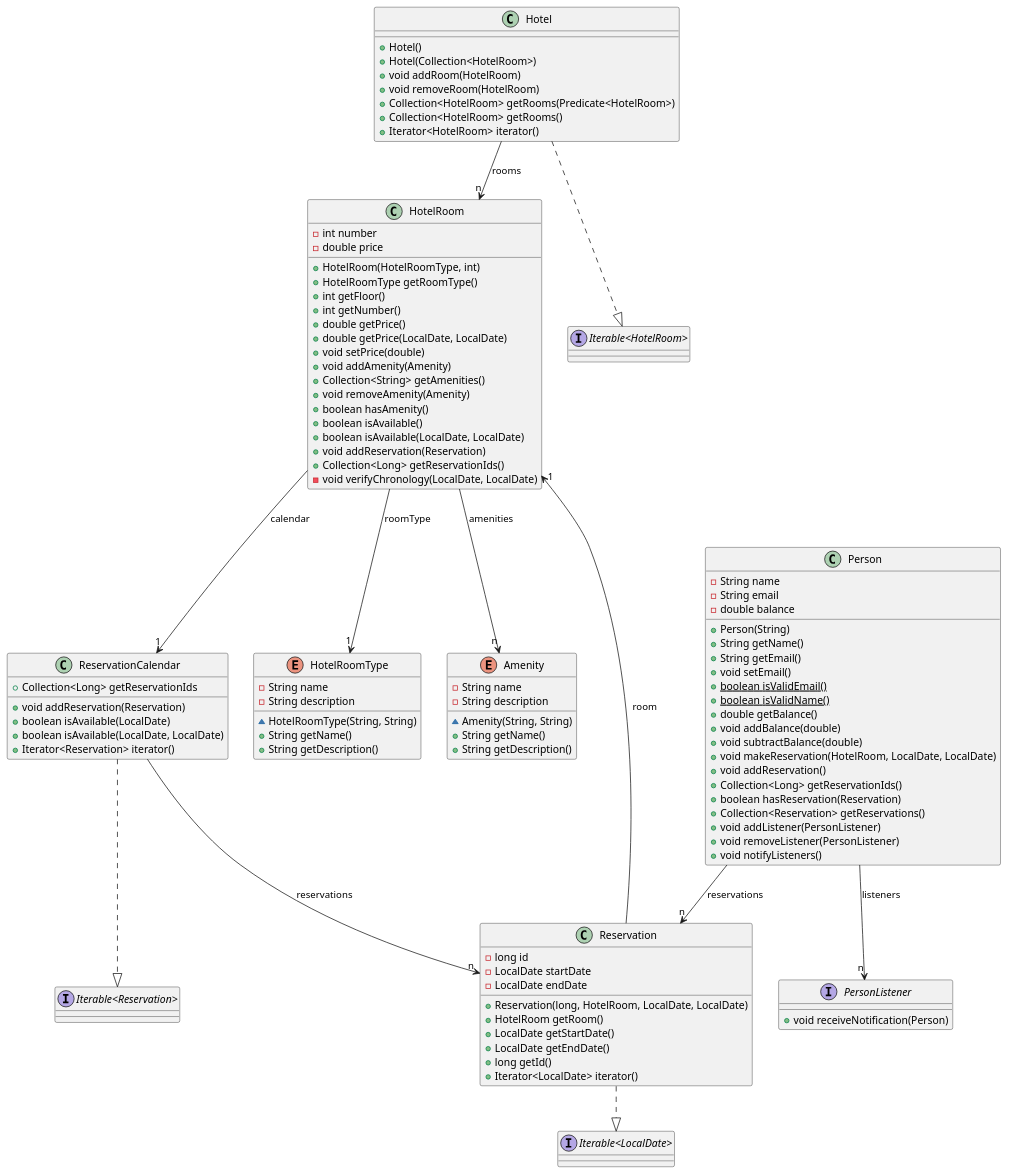
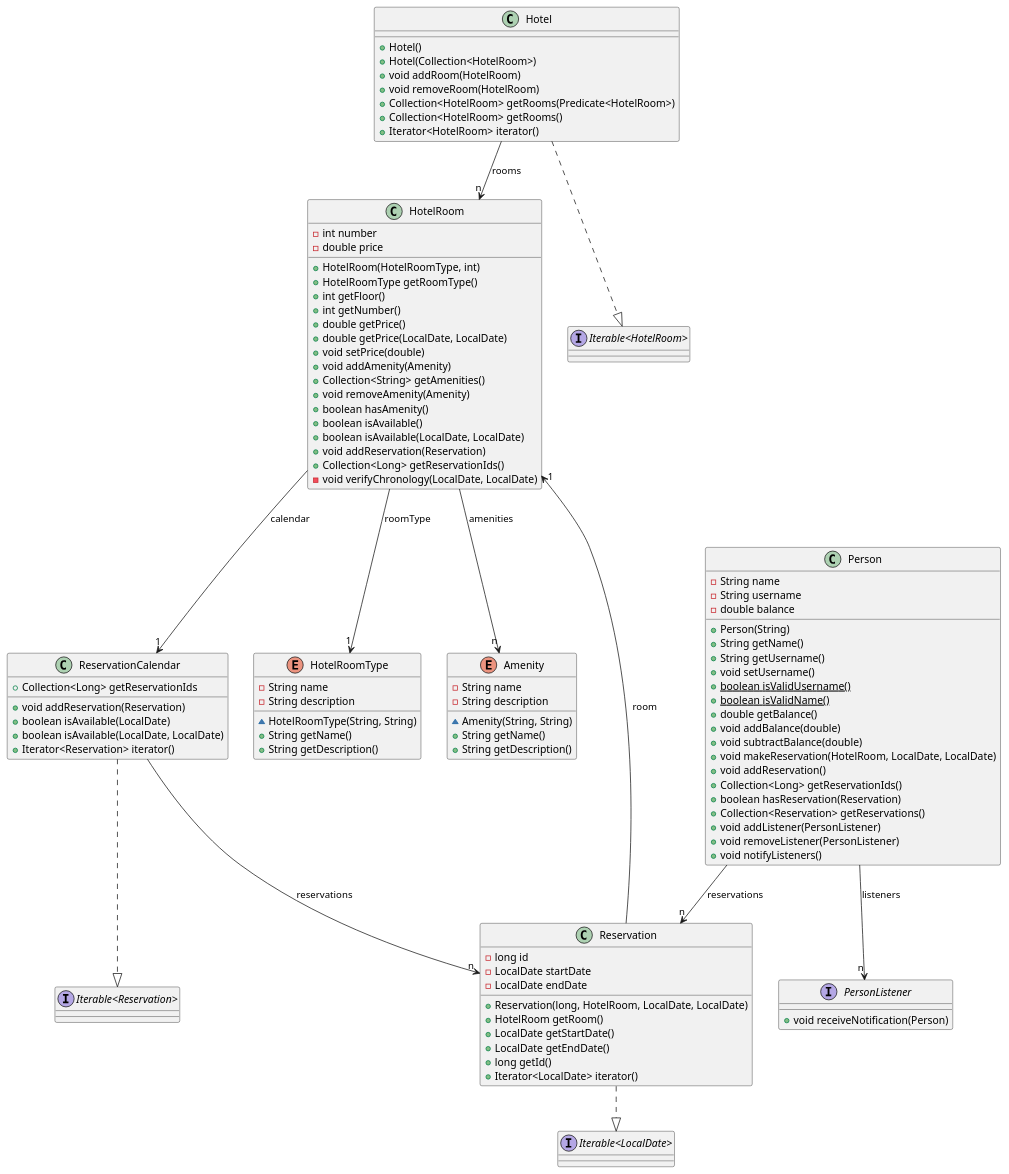
The diagram in docs/modules/core.md (erlendps/IT1901---HotelSys), drawn with PlantUML before and after one commit. The commit also changed 21 other files, not shown here.

Commit message:
#96 Removed email field and added username field.. Started work on model service

```diff
--- a/docs/modules/core.md
+++ b/docs/modules/core.md
@@ -57,14 +57,14 @@
 
 class Person {
     - String name
-    - String email
+    - String username
     - double balance
 
     + Person(String)
     + String getName()
-    + String getEmail()
-    + void setEmail()
-    + {static} boolean isValidEmail()
+    + String getUsername()
+    + void setUsername()
+    + {static} boolean isValidUsername()
     + {static} boolean isValidName()
     + double getBalance()
     + void addBalance(double)
```
